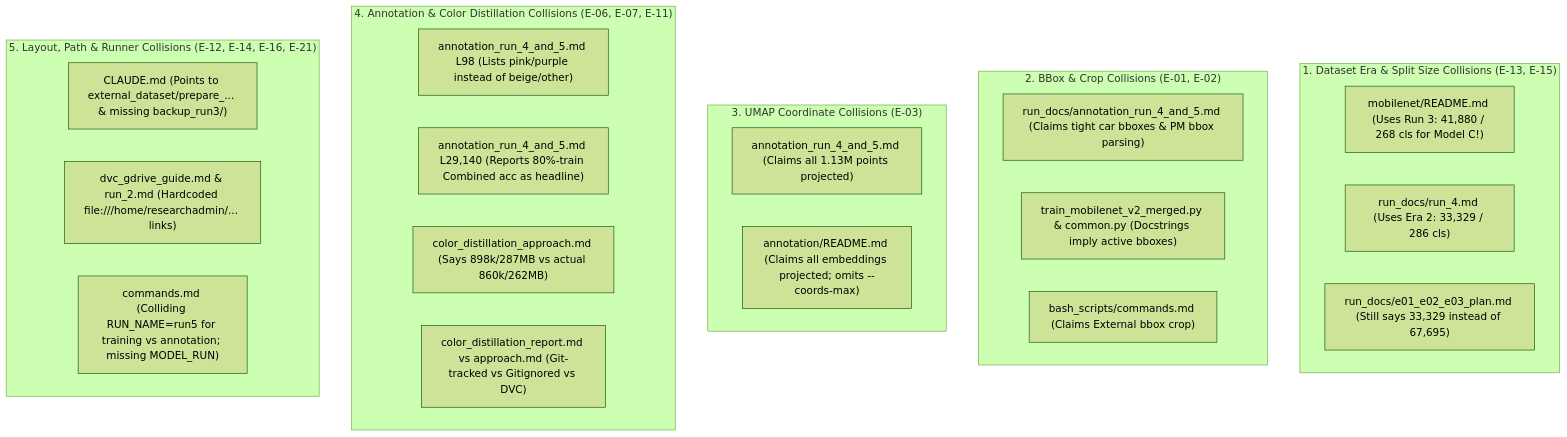
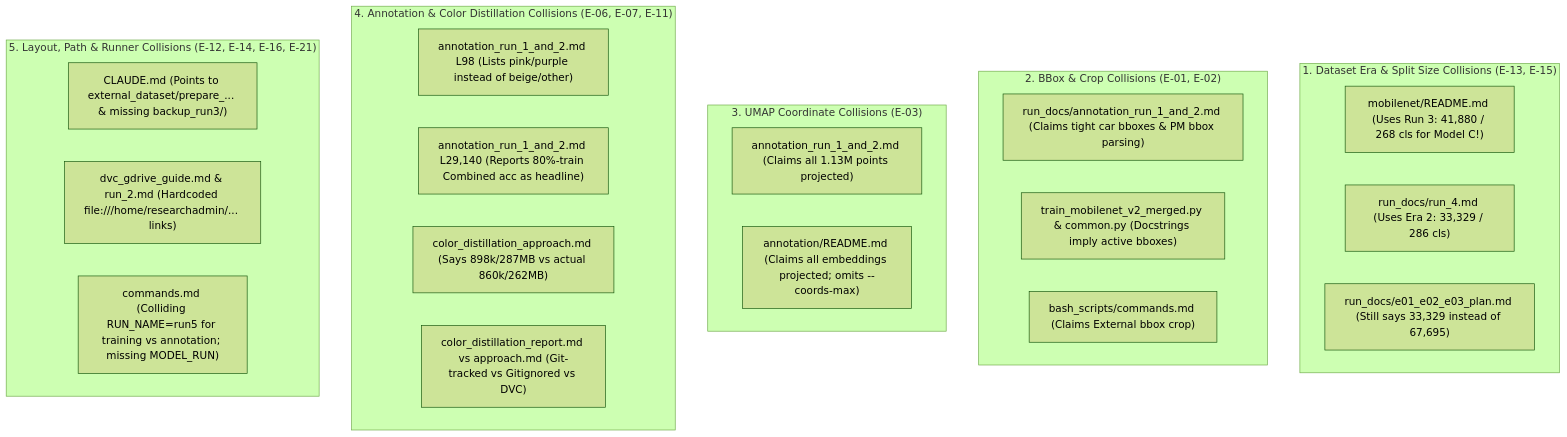
Before and after one commit to R-Nikhil-Ganesh/vmmr: the diagram in code/current/mobilenet/error_docs/documentation_collisions_plan.md, drawn with Mermaid (forest theme). The commit also changed other lines of this file and 86 other files, not shown here.

````diff
--- a/code/current/mobilenet/error_docs/documentation_collisions_plan.md
+++ b/code/current/mobilenet/error_docs/documentation_collisions_plan.md
@@ -32,32 +32,32 @@
 ```mermaid
 flowchart TD
     subgraph EraCollisions["1. Dataset Era & Split Size Collisions (E-13, E-15)"]
         R_MD["mobilenet/README.md (Uses Run 3: 41,880 / 268 cls for Model C!)"]
         R4_MD["run_docs/run_4.md (Uses Era 2: 33,329 / 286 cls)"]
         E_PLAN["run_docs/e01_e02_e03_plan.md (Still says 33,329 instead of 67,695)"]
     end
 
     subgraph CropCollisions["2. BBox & Crop Collisions (E-01, E-02)"]
-        ANN_MD["run_docs/annotation_run_4_and_5.md (Claims tight car bboxes & PM bbox parsing)"]
+        ANN_MD["run_docs/annotation_run_1_and_2.md (Claims tight car bboxes & PM bbox parsing)"]
         TR_PY["train_mobilenet_v2_merged.py & common.py (Docstrings imply active bboxes)"]
         CMD_MD["bash_scripts/commands.md (Claims External bbox crop)"]
     end
 
     subgraph UMAPCollisions["3. UMAP Coordinate Collisions (E-03)"]
-        UMAP_1["annotation_run_4_and_5.md (Claims all 1.13M points projected)"]
+        UMAP_1["annotation_run_1_and_2.md (Claims all 1.13M points projected)"]
         UMAP_2["annotation/README.md (Claims all embeddings projected; omits --coords-max)"]
     end
 
     subgraph ColorCollisions["4. Annotation & Color Distillation Collisions (E-06, E-07, E-11)"]
-        COL_LIST["annotation_run_4_and_5.md L98 (Lists pink/purple instead of beige/other)"]
-        LEAK["annotation_run_4_and_5.md L29,140 (Reports 80%-train Combined acc as headline)"]
+        COL_LIST["annotation_run_1_and_2.md L98 (Lists pink/purple instead of beige/other)"]
+        LEAK["annotation_run_1_and_2.md L29,140 (Reports 80%-train Combined acc as headline)"]
         CACHE_SZ["color_distillation_approach.md (Says 898k/287MB vs actual 860k/262MB)"]
         DVC_TRACK["color_distillation_report.md vs approach.md (Git-tracked vs Gitignored vs DVC)"]
     end
 
     subgraph PathCollisions["5. Layout, Path & Runner Collisions (E-12, E-14, E-16, E-21)"]
         CLAUDE["CLAUDE.md (Points to external_dataset/prepare_... & missing backup_run3/)"]
         DVC_G["dvc_gdrive_guide.md & run_2.md (Hardcoded file:///home/researchadmin/... links)"]
         RUN_NM["commands.md (Colliding RUN_NAME=run5 for training vs annotation; missing MODEL_RUN)"]
     end
 ```
````
